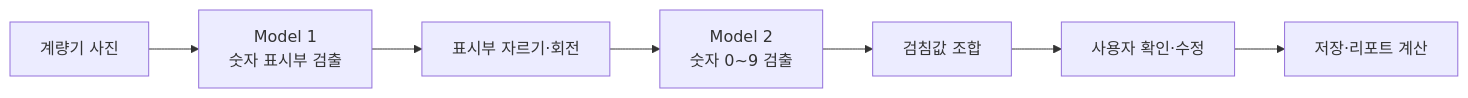
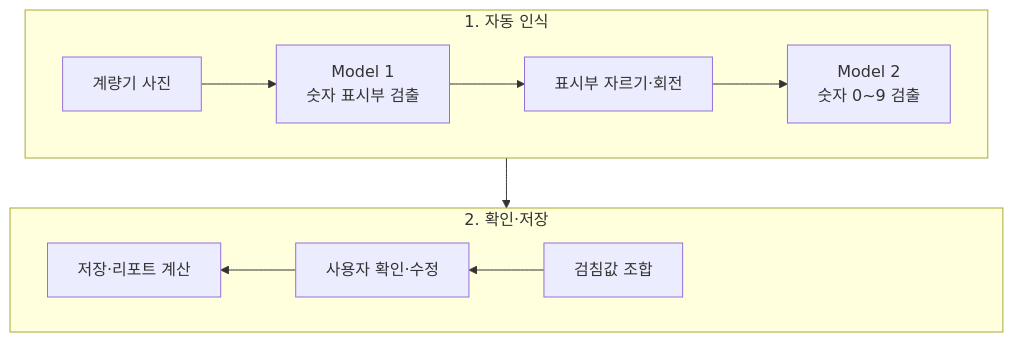
One commit to jaeheonki/smart-water-meter-kr changed the diagram in README.md. Above: the diagram before and after it, drawn with Mermaid. The commit also changed other lines of this file and 1 other file, not shown here.

Commit message:
docs: 팀원 프로필과 자동 검침 흐름 정리

````diff
--- a/README.md
+++ b/README.md
@@ -22,9 +53,19 @@
 ```mermaid
-flowchart LR
-    A["계량기 사진"] --> B["Model 1<br>숫자 표시부 검출"]
-    B --> C["표시부 자르기·회전"]
-    C --> D["Model 2<br>숫자 0~9 검출"]
-    D --> E["검침값 조합"]
-    E --> F["사용자 확인·수정"]
-    F --> G["저장·리포트 계산"]
+flowchart TB
+    subgraph recognition["1. 자동 인식"]
+        direction LR
+        A["계량기 사진"] --> B["Model 1<br>숫자 표시부 검출"]
+        B --> C["표시부 자르기·회전"]
+        C --> D["Model 2<br>숫자 0~9 검출"]
+    end
+
+    subgraph confirmation["2. 확인·저장"]
+        direction RL
+        SPACER["우측 조작 아이콘 여백"] ~~~ E["검침값 조합"]
+        E --> F["사용자 확인·수정"]
+        F --> G["저장·리포트 계산"]
+    end
+
+    recognition --> confirmation
+    style SPACER fill:transparent,stroke:transparent,color:transparent
 ```
````
